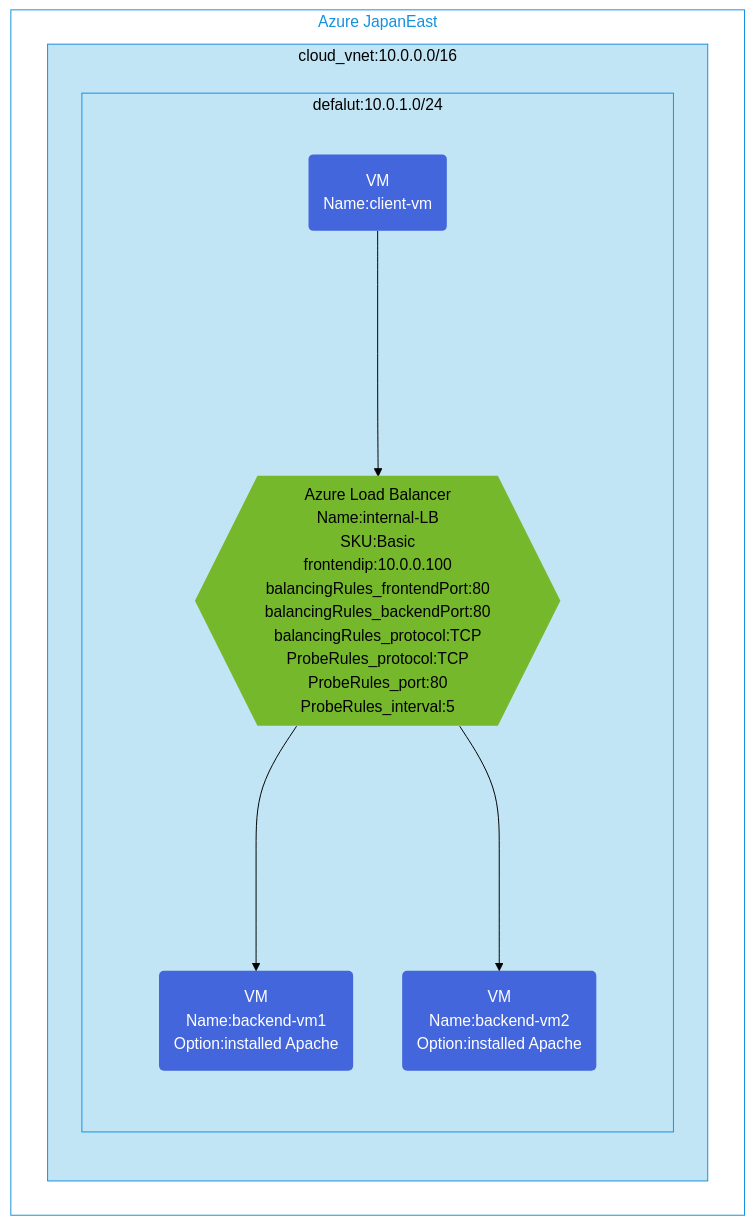
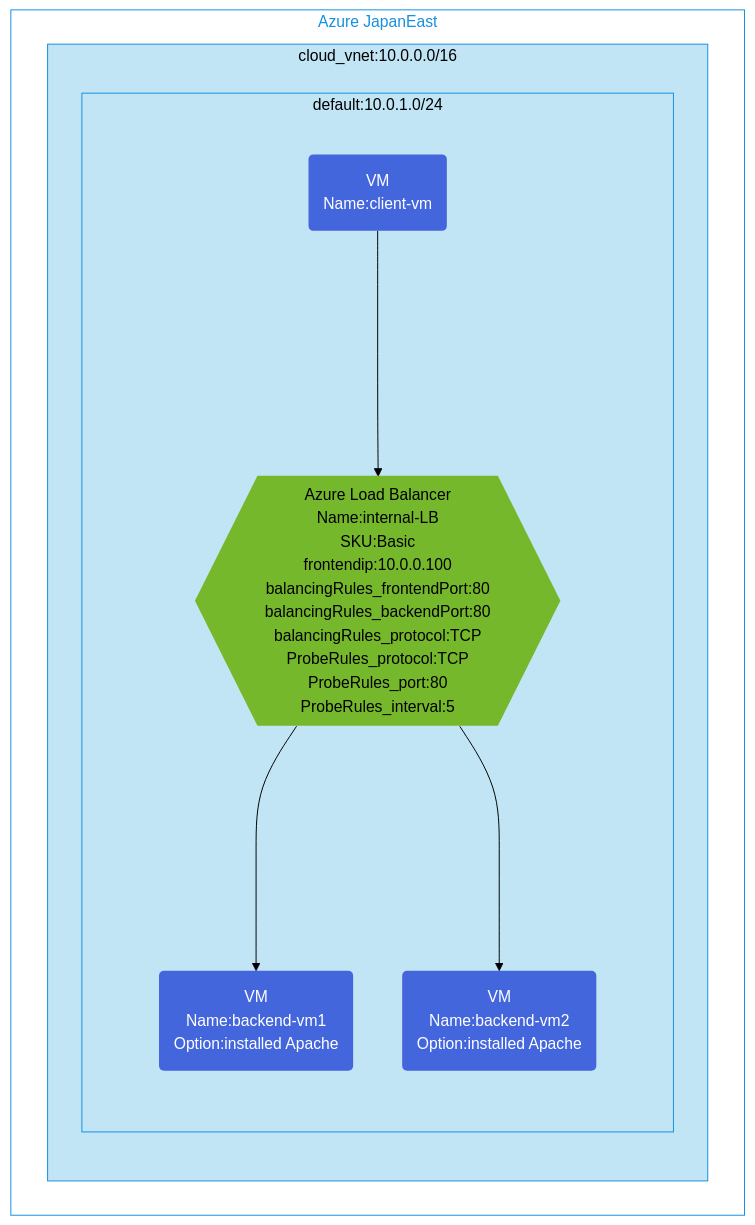
The diagram in basic-internal-lb-apache/README.md (toizumi03/bicep-templates), drawn with Mermaid (forest theme) before and after one commit. The commit also changed other lines of this file, not shown here.

````diff
--- a/basic-internal-lb-apache/README.md
+++ b/basic-internal-lb-apache/README.md
@@ -3,40 +4,40 @@
 ```mermaid
 graph TB;
 %% Groups and Services
 subgraph GR1[Azure JapanEast]
   subgraph GV1[cloud_vnet:10.0.0.0/16]
-      subgraph GVS2[defalut:10.0.1.0/24]
+      subgraph GVS2[default:10.0.1.0/24]
         CP1("VM<br/>Name:client-vm")
         ALB{{"Azure Load Balancer<br/>Name:internal-LB<br/>SKU:Basic<br/>frontendip:10.0.0.100<br/>balancingRules_frontendPort:80<br/>balancingRules_backendPort:80<br/>balancingRules_protocol:TCP<br/>ProbeRules_protocol:TCP<br/>ProbeRules_port:80<br/>ProbeRules_interval:5"}}
         CP2("VM<br/>Name:backend-vm1<br/>Option:installed Apache")
         CP3("VM<br/>Name:backend-vm2<br/>Option:installed Apache")
       end
 end
 end
 
 %% Relation for resources
 CP1 ---> ALB
 ALB ---> CP2
 ALB ---> CP3
 
 %% Groups style
 classDef GSR fill:#fff,color:#1490df,stroke:#1490df
 class GR1,GR2 GSR
 
 classDef SGV1 fill:#c1e5f5,color:#000,stroke:#1490df
 class GV1,GVS1,GVS2,GVS3,GVS4 SGV1
 
 classDef SGV2 fill:#c1e5f5,color:#000,stroke:#1490df
 class GV2 SGV2
  
 %% Service Style
 classDef SCP fill:#4466dd,color:#fff,stroke:none
 class CP1,CP2,CP3 SCP
 
 classDef SVPALB fill:#76b82c,color:#000,stroke:none
 class ALB SVPALB
 
 classDef SLNGW fill:#70b126,color:#fff,stroke:none
 class LNGW1,LNGW2 SLNGW
 
 ```
````
